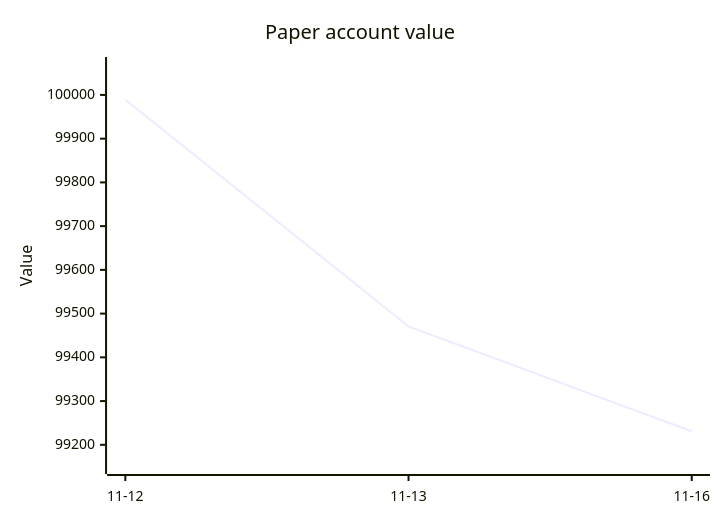
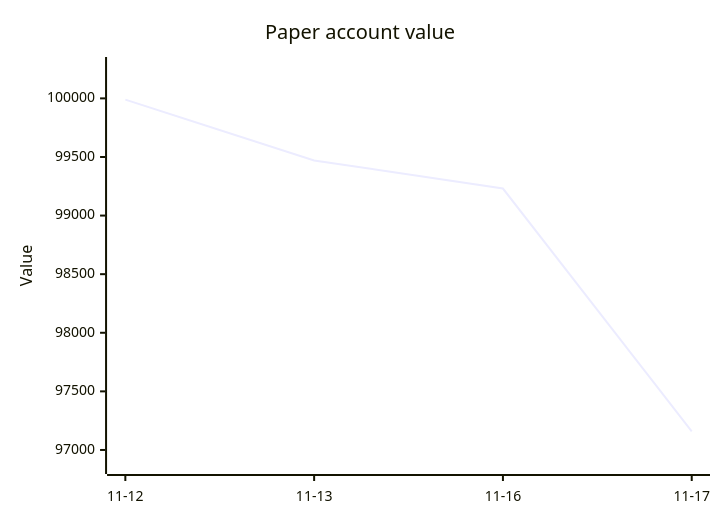
The second of 2 diagrams in 00 - Bot Dashboard.md (owlpowell50-creator/trading-bot), drawn with Mermaid before and after one commit. The commit also changed other lines of this file and 13 other files, not shown here.

````diff
--- a/00 - Bot Dashboard.md
+++ b/00 - Bot Dashboard.md
@@ -61,7 +62,7 @@
 ```mermaid
 xychart-beta
     title "Paper account value"
-    x-axis ["11-12", "11-13", "11-16"]
-    y-axis "Value" 99155 --> 100065
-    line [99989.1, 99470.6, 99230.9]
+    x-axis ["11-12", "11-13", "11-16", "11-17"]
+    y-axis "Value" 96876 --> 100272
+    line [99989.1, 99470.6, 99230.9, 97159.3]
 ```
````
